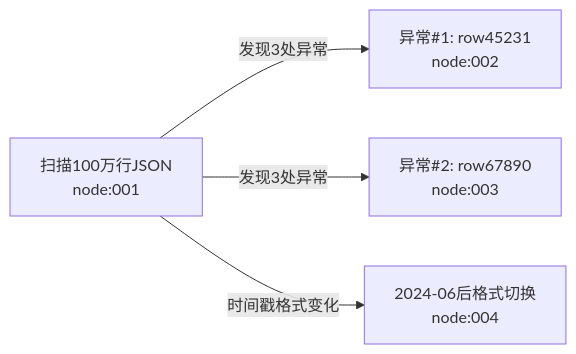
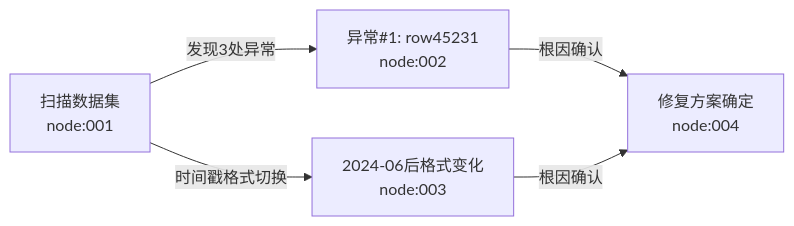
The third of 3 diagrams in README.md (destiny520537work-lab/claude-memory-guide), drawn with Mermaid before and after one commit. The commit also changed other lines of this file, not shown here.

````diff
--- a/README.md
+++ b/README.md
@@ -157,6 +177,6 @@
 ```mermaid
 graph LR
-    A["扫描100万行JSON<br/>node:001"] -->|发现3处异常| B["异常#1: row45231<br/>node:002"]
-    A -->|发现3处异常| C["异常#2: row67890<br/>node:003"]
-    A -->|时间戳格式变化| D["2024-06后格式切换<br/>node:004"]
+    A["扫描数据集<br/>node:001"] -->|发现3处异常| B["异常#1: row45231<br/>node:002"]
+    A -->|时间戳格式切换| C["2024-06后格式变化<br/>node:003"]
+    B & C -->|根因确认| D["修复方案确定<br/>node:004"]
 ```
````
